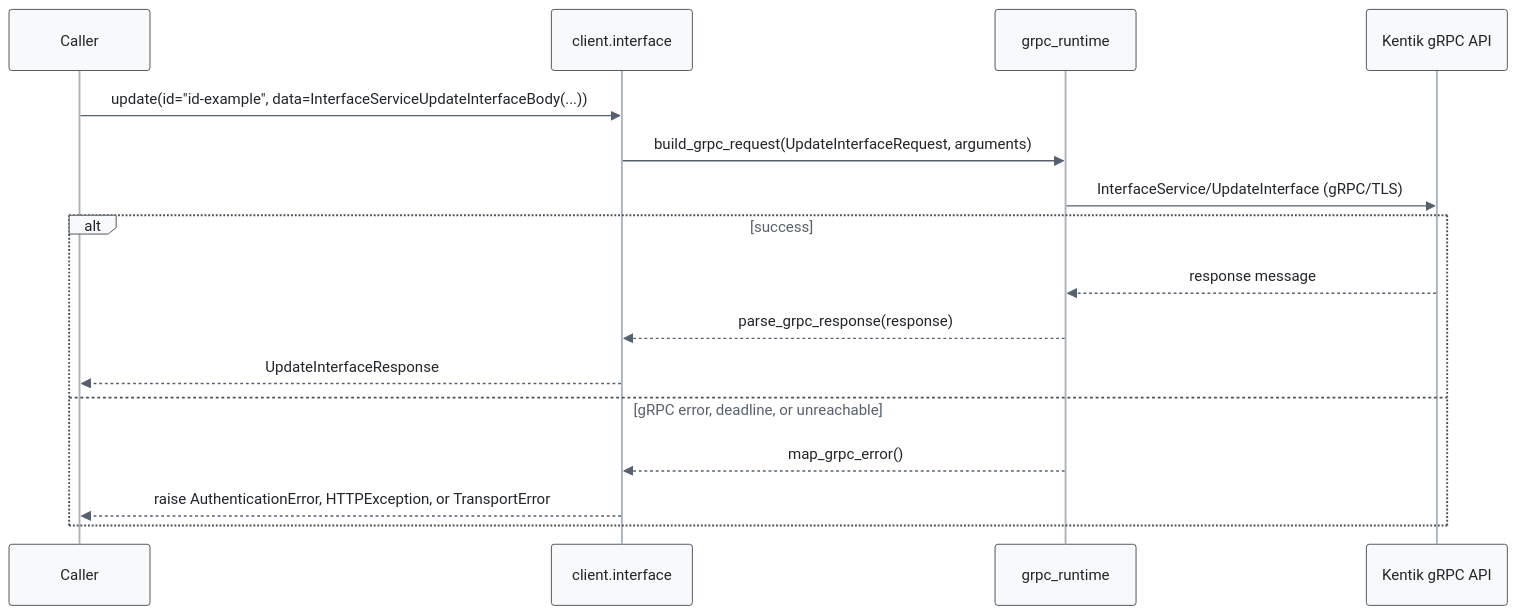
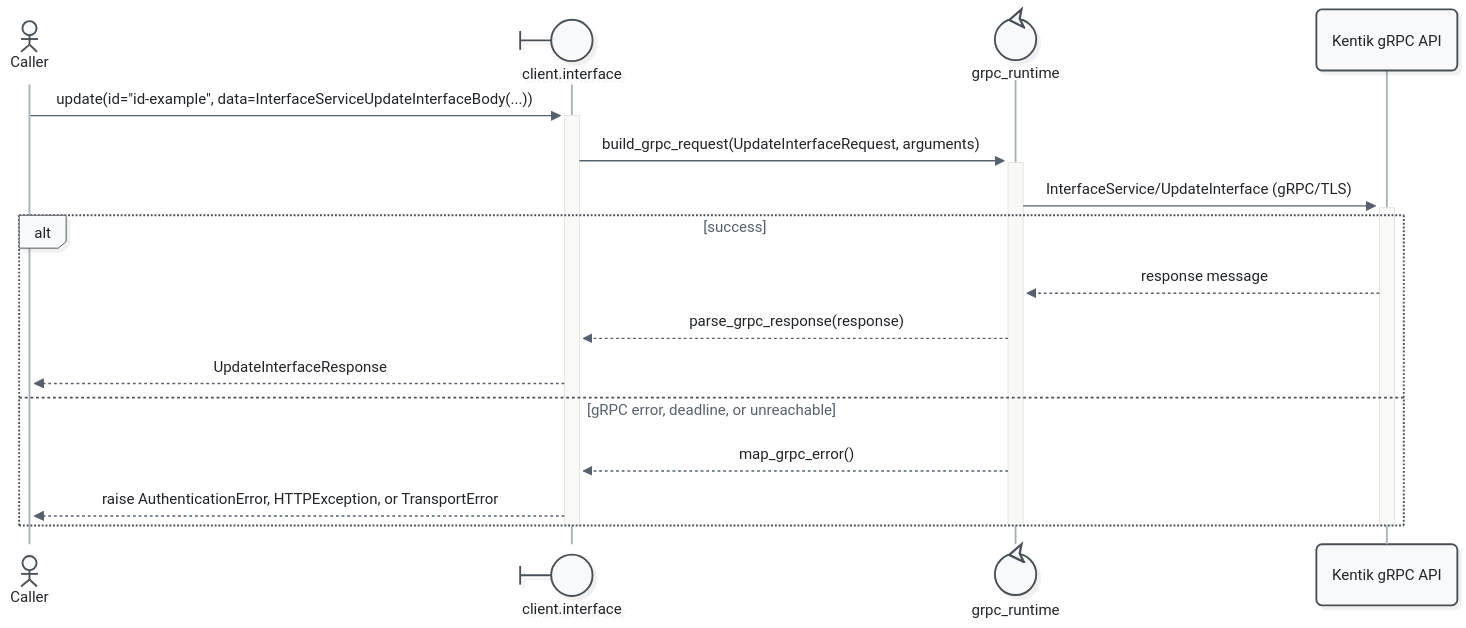
One commit to alexdearaujo/community_sdk_python changed the eighth of 13 diagrams in docs/sphinx/services/interface.md. Above: the diagram before and after it, drawn with Mermaid. The commit also changed other lines of this file and 52 other files, not shown here.

First line of the commit message:
docs: Mermaid 12 sequence diagrams with participant types and path colors

````diff
--- a/docs/sphinx/services/interface.md
+++ b/docs/sphinx/services/interface.md
@@ -294,20 +311,23 @@
 ```mermaid
-%%{init: {"theme": "base", "fontFamily": "ui-monospace, SFMono-Regular, Menlo, monospace", "themeVariables": {"fontFamily": "ui-monospace, SFMono-Regular, Menlo, monospace", "primaryColor": "#f8f9fa", "primaryBorderColor": "#495057", "primaryTextColor": "#212529", "textColor": "#212529", "lineColor": "#77818c", "edgeLabelBackground": "#ffffff", "actorBkg": "#f8f9fa", "actorBorder": "#495057", "actorTextColor": "#212529", "actorLineColor": "#a9b3be", "signalColor": "#57616d", "signalTextColor": "#212529", "labelBoxBkgColor": "#f8f9fa", "labelBoxBorderColor": "#495057", "labelTextColor": "#212529", "loopTextColor": "#57616d", "noteBkgColor": "#fff9db", "noteBorderColor": "#f08c00", "noteTextColor": "#a35a00"}, "flowchart": {"curve": "step", "nodeSpacing": 30, "rankSpacing": 70, "wrappingWidth": 400}}}%%
+%%{init: {"theme": "redux", "look": "neo", "layout": "dagre", "fontFamily": "ui-monospace, SFMono-Regular, Menlo, monospace", "themeVariables": {"fontFamily": "ui-monospace, SFMono-Regular, Menlo, monospace", "primaryColor": "#f8f9fa", "primaryBorderColor": "#495057", "primaryTextColor": "#212529", "textColor": "#212529", "lineColor": "#77818c", "edgeLabelBackground": "#ffffff", "actorBkg": "#f8f9fa", "actorBorder": "#495057", "actorTextColor": "#212529", "actorLineColor": "#a9b3be", "signalColor": "#57616d", "signalTextColor": "#212529", "labelBoxBkgColor": "#f8f9fa", "labelBoxBorderColor": "#495057", "labelTextColor": "#212529", "loopTextColor": "#57616d", "noteBkgColor": "#fff9db", "noteBorderColor": "#f08c00", "noteTextColor": "#a35a00"}, "sequence": {"activationWidth": 16}, "flowchart": {"curve": "step", "nodeSpacing": 30, "rankSpacing": 70, "wrappingWidth": 400}}}%%
 sequenceDiagram
-    participant C as Caller
-    participant W as client.interface
-    participant R as grpc_runtime
+    actor C as Caller
+    participant W@{ "type": "boundary" } as client.interface
+    participant R@{ "type": "control" } as grpc_runtime
     participant API as Kentik gRPC API
 
-    C->>W: update(id="id-example", data=InterfaceServiceUpdateInterfaceBody(...))
-    W->>R: build_grpc_request(UpdateInterfaceRequest, arguments)
-    R->>API: InterfaceService/UpdateInterface (gRPC/TLS)
+    C->>+W: update(id="id-example", data=InterfaceServiceUpdateInterfaceBody(...))
+    W->>+R: build_grpc_request(UpdateInterfaceRequest, arguments)
+    R->>+API: InterfaceService/UpdateInterface (gRPC/TLS)
     alt success
         API-->>R: response message
         R-->>W: parse_grpc_response(response)
         W-->>C: UpdateInterfaceResponse
     else gRPC error, deadline, or unreachable
         R-->>W: map_grpc_error()
         W-->>C: raise AuthenticationError, HTTPException, or TransportError
     end
+    deactivate API
+    deactivate R
+    deactivate W
 ```
````
